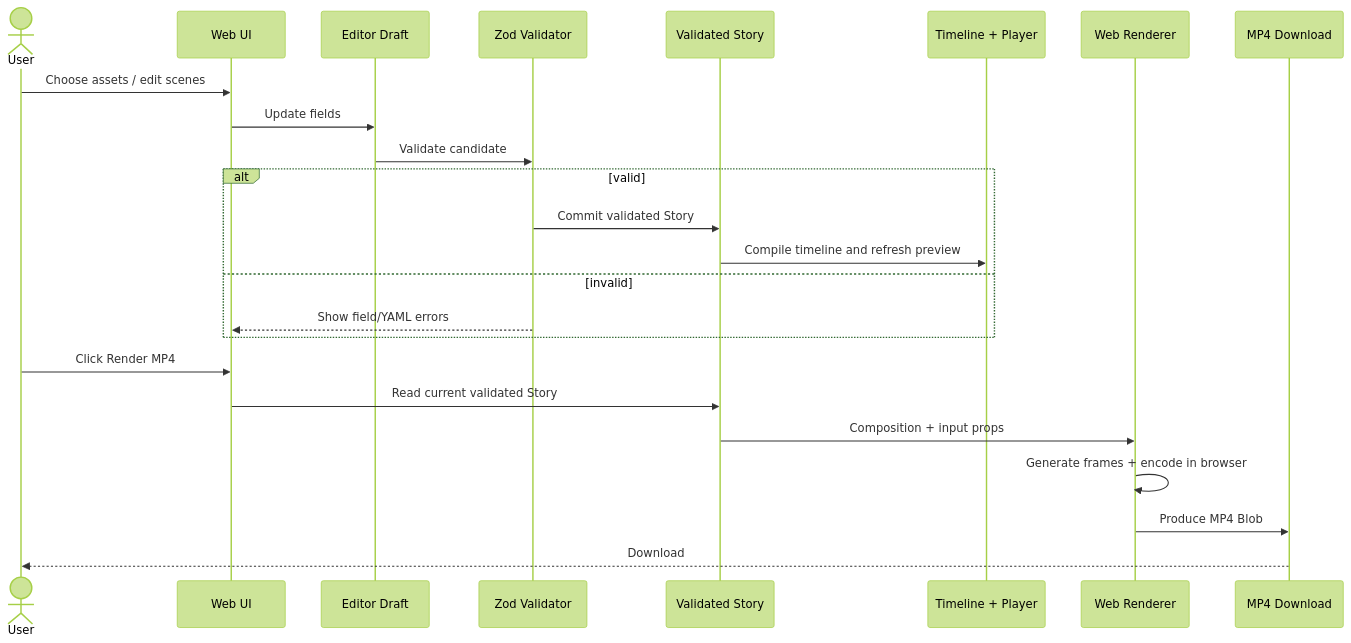
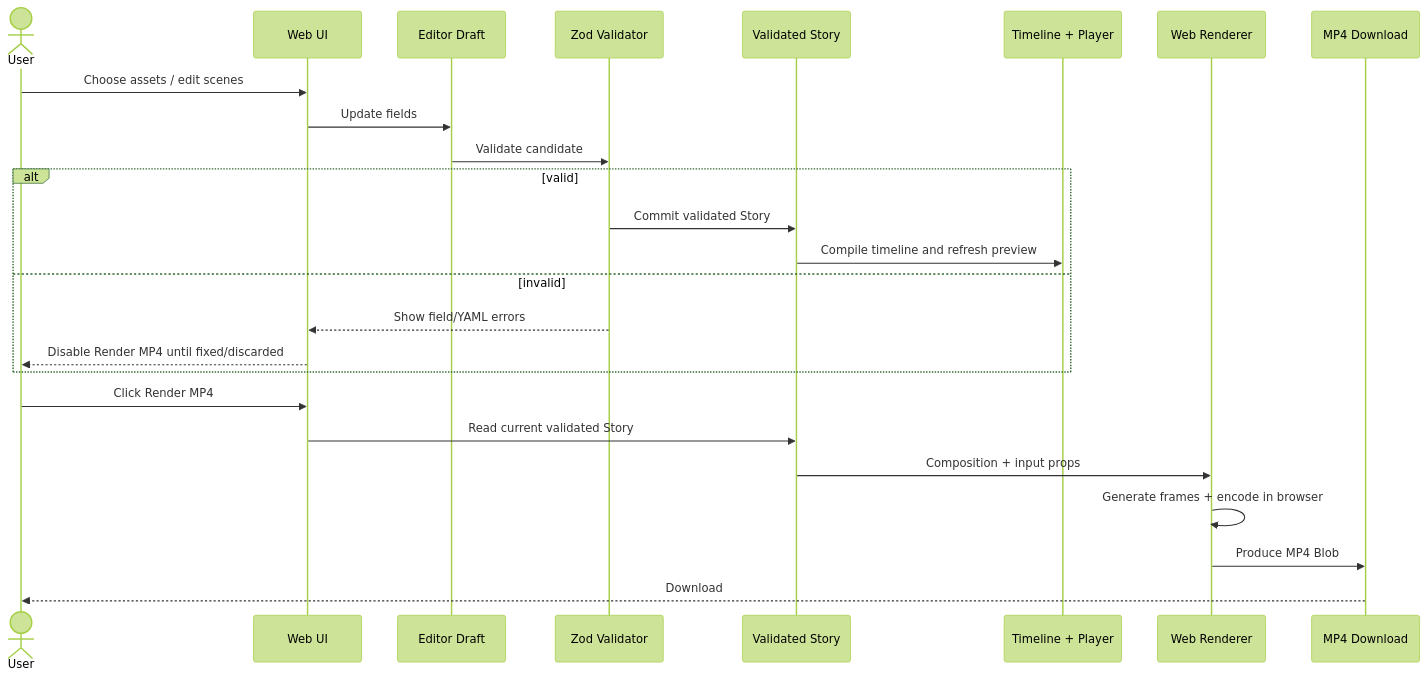
One commit to juanse-dev/tora-video-engine changed the second of 2 diagrams in docs/web/README.md. Above: the diagram before and after it, drawn with Mermaid (forest theme). The commit also changed other lines of this file, not shown here.

```diff
--- a/docs/web/README.md
+++ b/docs/web/README.md
@@ -75,28 +75,29 @@
 ~~~mermaid
 sequenceDiagram
     actor User
     participant UI as Web UI
     participant Draft as Editor Draft
     participant Zod as Zod Validator
     participant Story as Validated Story
     participant Preview as Timeline + Player
     participant Render as Web Renderer
     participant File as MP4 Download
 
     User->>UI: Choose assets / edit scenes
     UI->>Draft: Update fields
     Draft->>Zod: Validate candidate
     alt valid
         Zod->>Story: Commit validated Story
         Story->>Preview: Compile timeline and refresh preview
     else invalid
         Zod-->>UI: Show field/YAML errors
+        UI-->>User: Disable Render MP4 until fixed/discarded
     end
 
     User->>UI: Click Render MP4
     UI->>Story: Read current validated Story
     Story->>Render: Composition + input props
     Render->>Render: Generate frames + encode in browser
     Render->>File: Produce MP4 Blob
     File-->>User: Download
 ~~~
```
